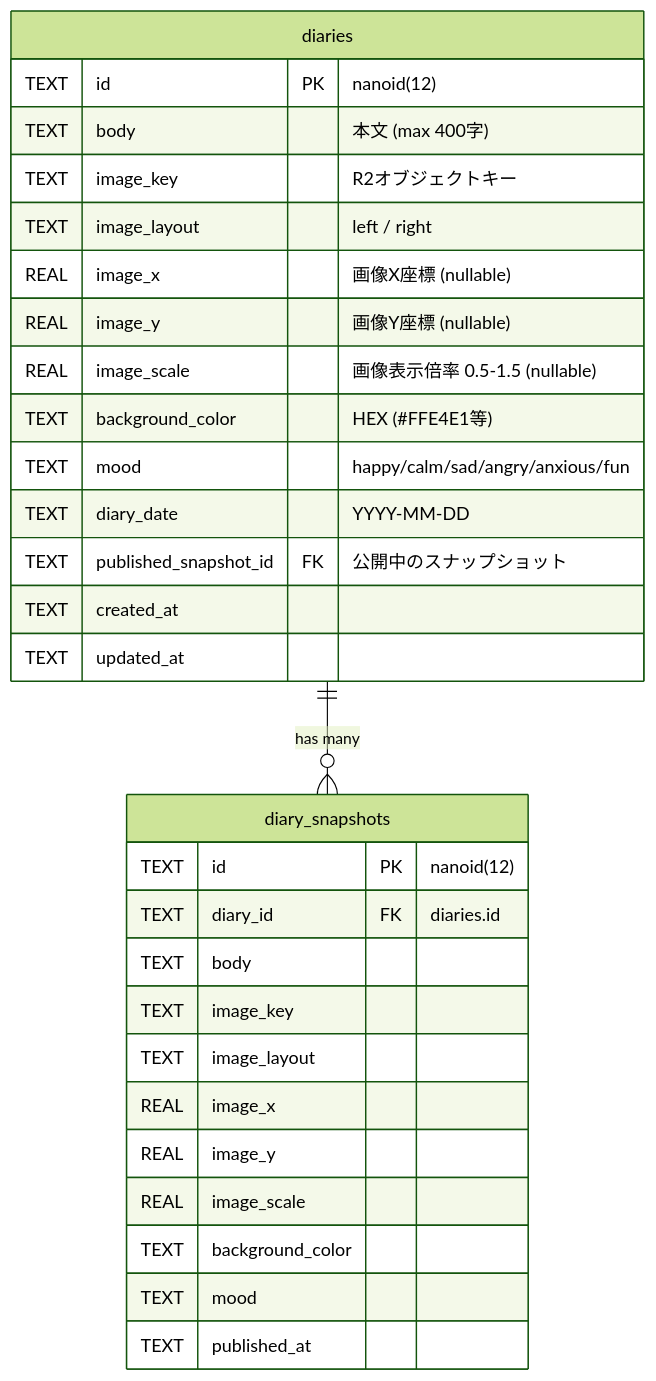
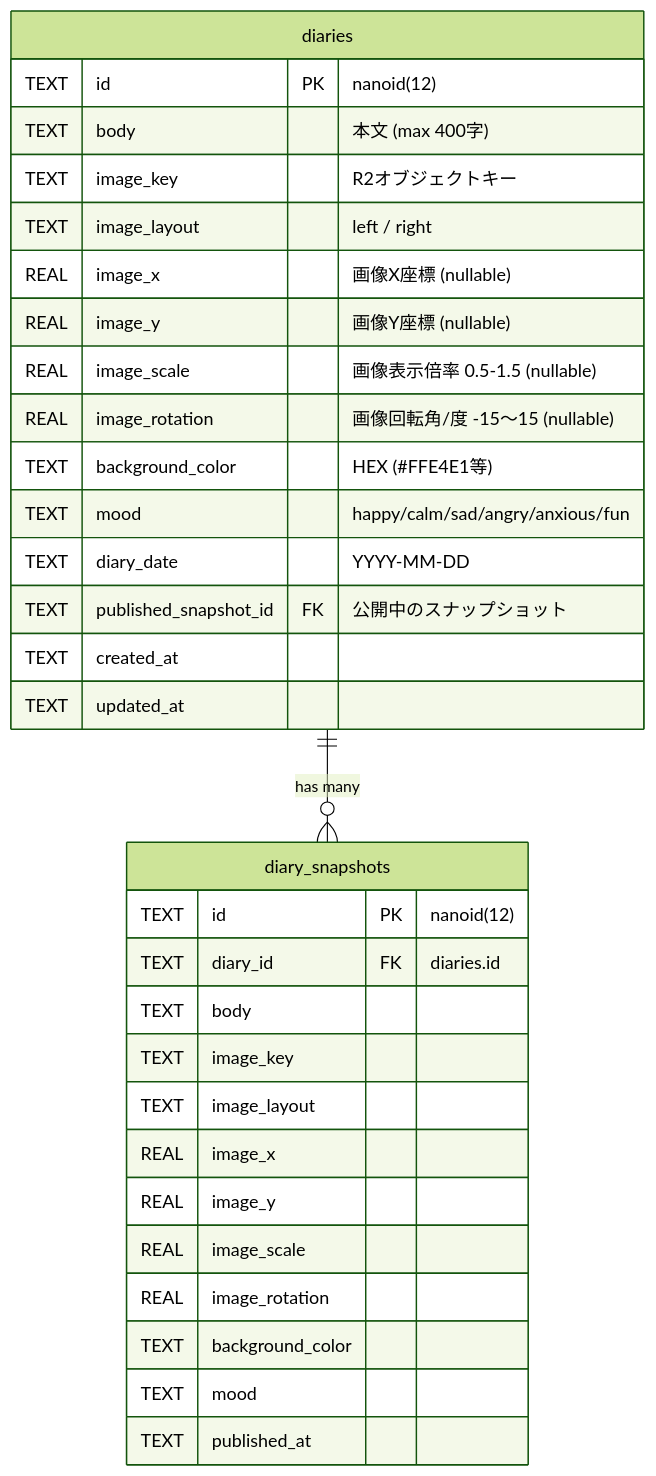
The first of 3 diagrams in docs/architecture/database.md (shimabox/400-diary), drawn with Mermaid (forest theme) before and after one commit. The commit also changed 28 other files, not shown here.

````diff
--- a/docs/architecture/database.md
+++ b/docs/architecture/database.md
@@ -9,32 +9,34 @@
 ```mermaid
 erDiagram
     diaries ||--o{ diary_snapshots : "has many"
     diaries {
         TEXT id PK "nanoid(12)"
         TEXT body "本文 (max 400字)"
         TEXT image_key "R2オブジェクトキー"
         TEXT image_layout "left / right"
         REAL image_x "画像X座標 (nullable)"
         REAL image_y "画像Y座標 (nullable)"
         REAL image_scale "画像表示倍率 0.5-1.5 (nullable)"
+        REAL image_rotation "画像回転角/度 -15〜15 (nullable)"
         TEXT background_color "HEX (#FFE4E1等)"
         TEXT mood "happy/calm/sad/angry/anxious/fun"
         TEXT diary_date "YYYY-MM-DD"
         TEXT published_snapshot_id FK "公開中のスナップショット"
         TEXT created_at
         TEXT updated_at
     }
     diary_snapshots {
         TEXT id PK "nanoid(12)"
         TEXT diary_id FK "diaries.id"
         TEXT body
         TEXT image_key
         TEXT image_layout
         REAL image_x
         REAL image_y
         REAL image_scale
+        REAL image_rotation
         TEXT background_color
         TEXT mood
         TEXT published_at
     }
 ```
````
